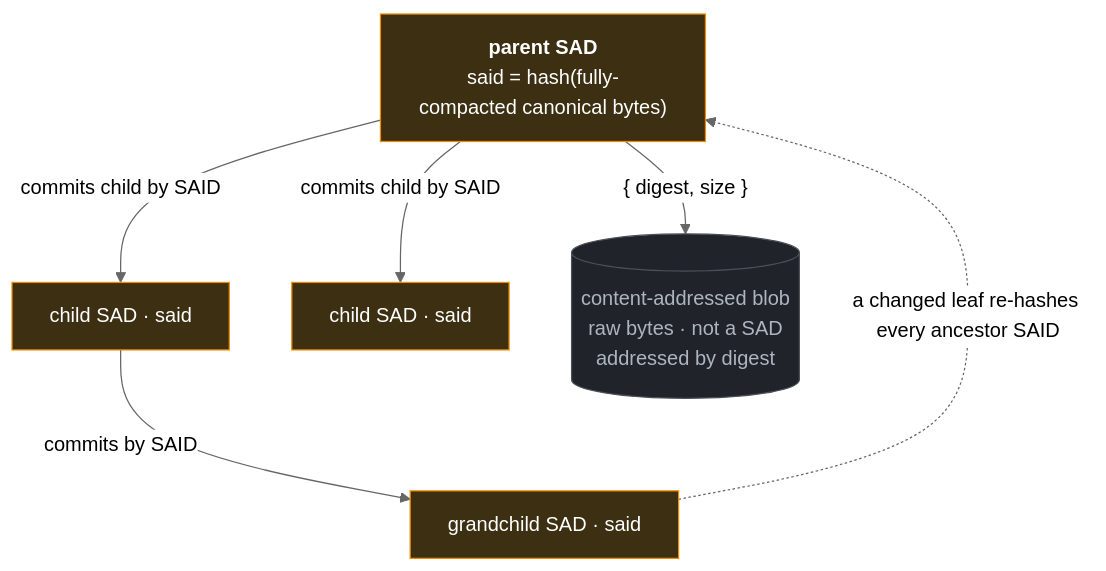
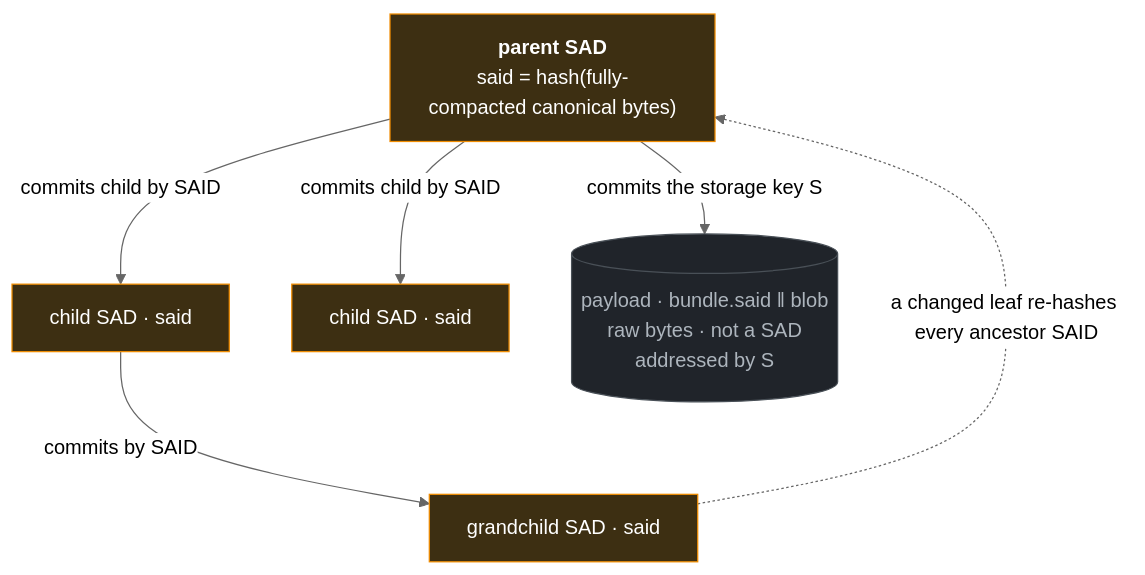
One commit to jasoncolburne/vdti changed the second of 2 diagrams in docs/design/primitives/data/sad/sad.md. Above: the diagram before and after it, drawn with Mermaid (neutral theme). The commit also changed other lines of this file and 79 other files, not shown here.

````diff
--- a/docs/design/primitives/data/sad/sad.md
+++ b/docs/design/primitives/data/sad/sad.md
@@ -142,11 +157,11 @@
 ```mermaid
 flowchart TD
   p["<b>parent SAD</b><br/>said = hash(fully-compacted canonical bytes)"]:::doc
   p -->|"commits child by SAID"| c1["child SAD · said"]:::doc
   p -->|"commits child by SAID"| c2["child SAD · said"]:::doc
   c1 -->|"commits by SAID"| g["grandchild SAD · said"]:::doc
-  p -->|"{ digest, size }"| blob[("content-addressed blob<br/>raw bytes · not a SAD<br/>addressed by digest")]:::blob
+  p -->|"commits the storage key S"| blob[("payload · bundle.said ‖ blob<br/>raw bytes · not a SAD<br/>addressed by S")]:::blob
   g -.->|"a changed leaf re-hashes every ancestor SAID"| p
   classDef doc fill:#3d2f12,stroke:#f08c00,color:#fff
   classDef blob fill:#20242a,stroke:#495057,color:#adb5bd
 ```
````
